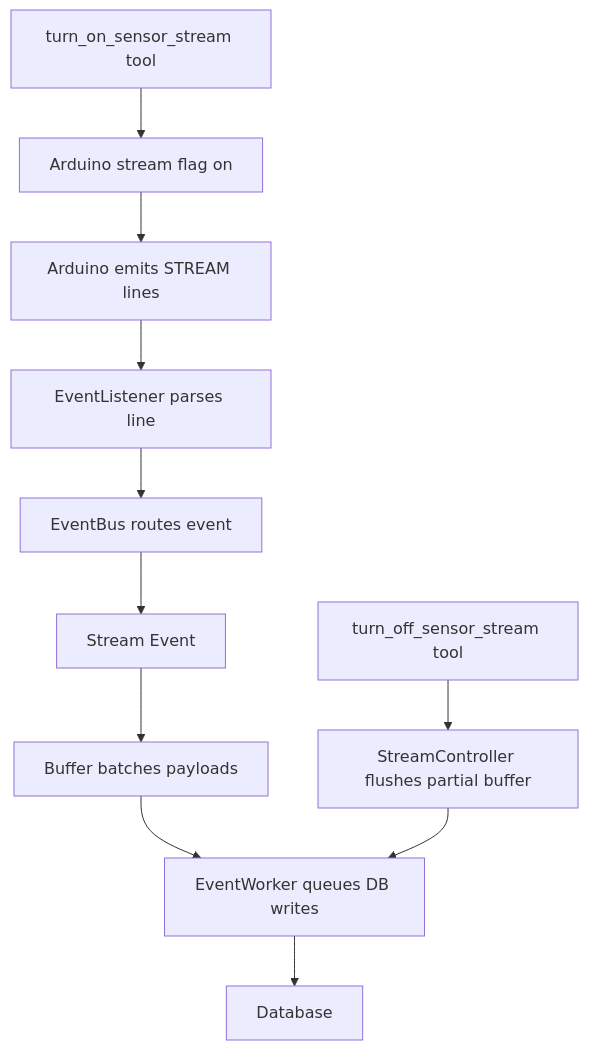
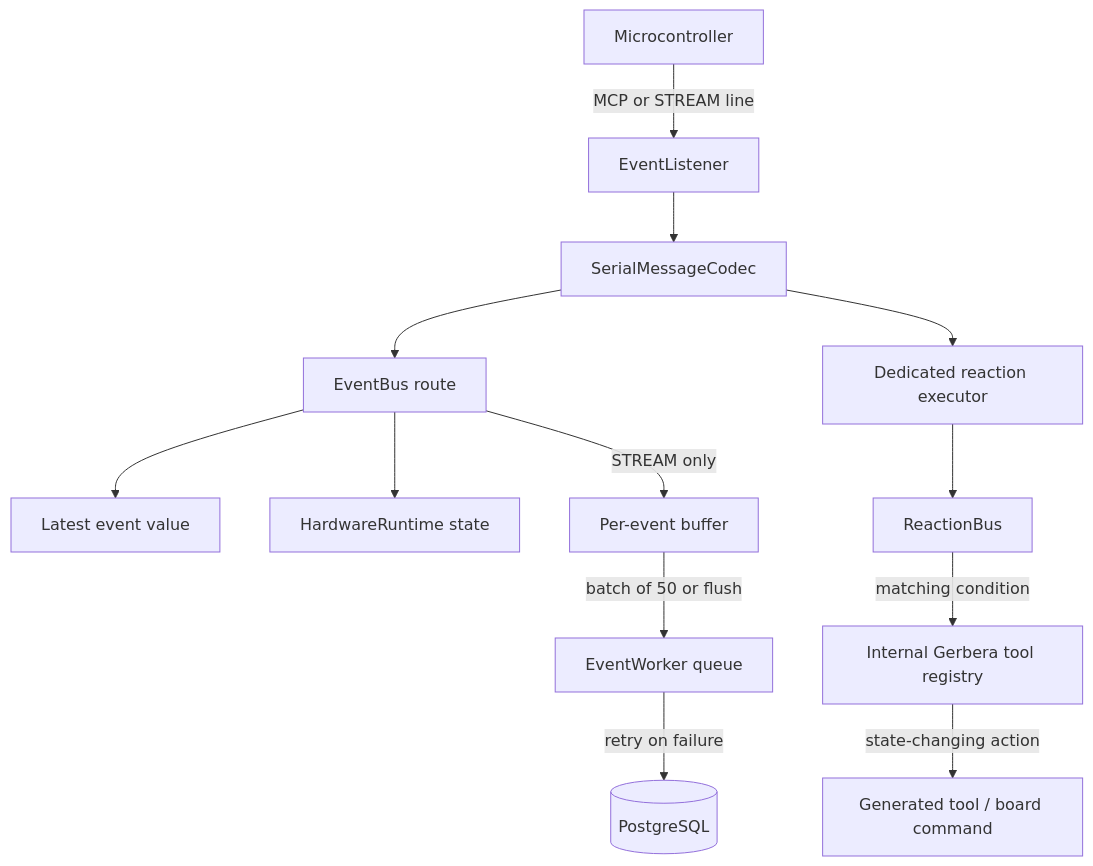
The fourth of 4 diagrams in README.md (BaronLiu1993/gerbera), drawn with Mermaid before and after one commit. The commit also changed other lines of this file and 1 other file, not shown here.

Commit message:
updated read me to better describe new system architecture and data flow

````diff
--- a/README.md
+++ b/README.md
@@ -108,13 +194,17 @@
 ```mermaid
 flowchart TD
-    A[turn_on_sensor_stream tool] --> B[Arduino stream flag on]
-    B --> C[Arduino emits STREAM lines]
-    C --> D[EventListener parses line]
-    D --> E[EventBus routes event]
-    E --> F[Stream Event]
-    F --> G[Buffer batches payloads]
-    G --> H[EventWorker queues DB writes]
-    H --> I[Database]
-    J[turn_off_sensor_stream tool] --> K[StreamController flushes partial buffer]
-    K --> H
+    Board[Microcontroller] -->|MCP or STREAM line| Listener[EventListener]
+    Listener --> Decode[SerialMessageCodec]
+    Decode --> EventBus[EventBus route]
+    Decode --> ReactionExecutor[Dedicated reaction executor]
+
+    EventBus --> Latest[Latest event value]
+    EventBus --> HardwareState[HardwareRuntime state]
+    EventBus -->|STREAM only| Buffer[Per-event buffer]
+    Buffer -->|batch of 50 or flush| Worker[EventWorker queue]
+    Worker -->|retry on failure| Database[(PostgreSQL)]
+
+    ReactionExecutor --> ReactionBus[ReactionBus]
+    ReactionBus -->|matching condition| ToolRegistry[Internal Gerbera tool registry]
+    ToolRegistry -->|state-changing action| BoardCommand[Generated tool / board command]
 ```
````
